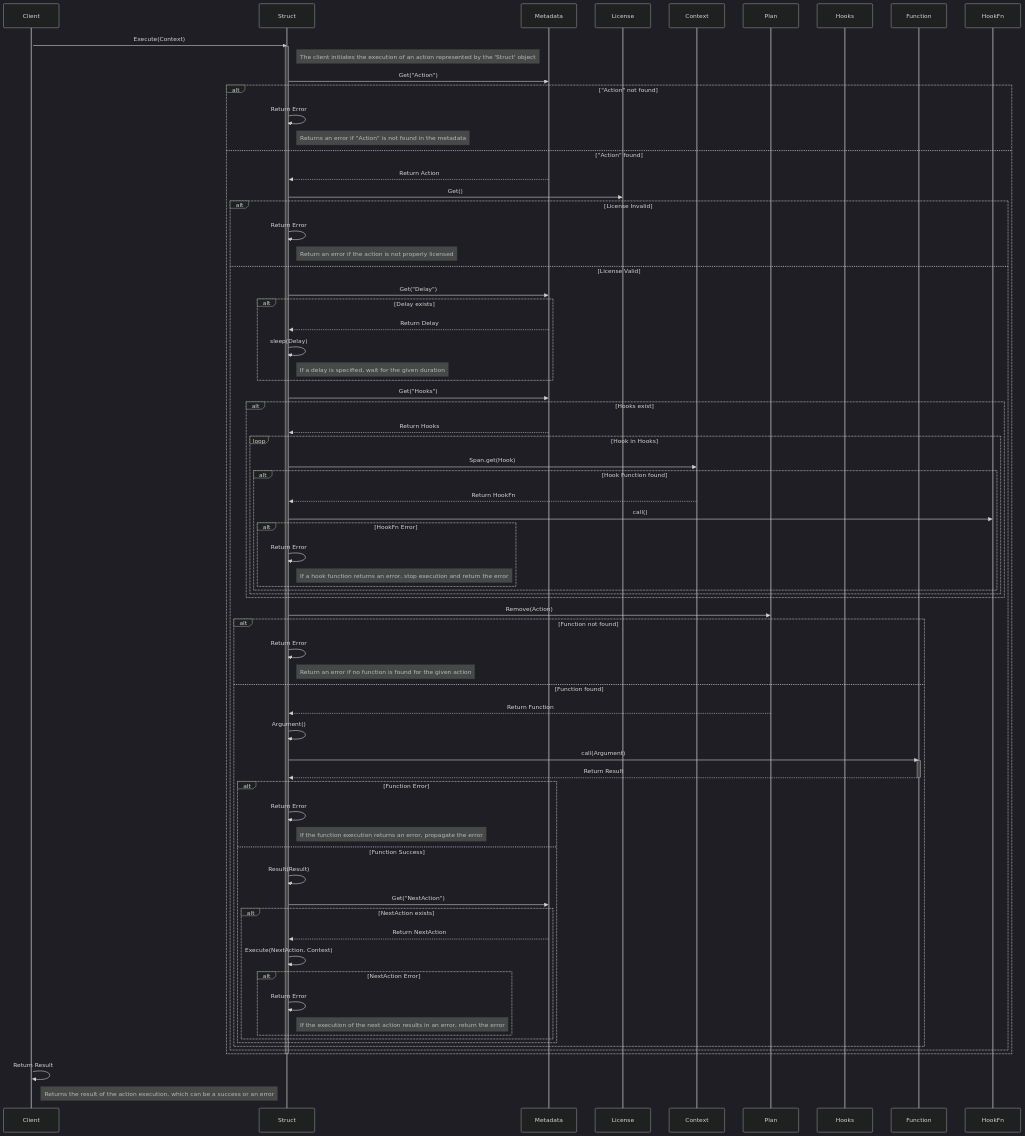
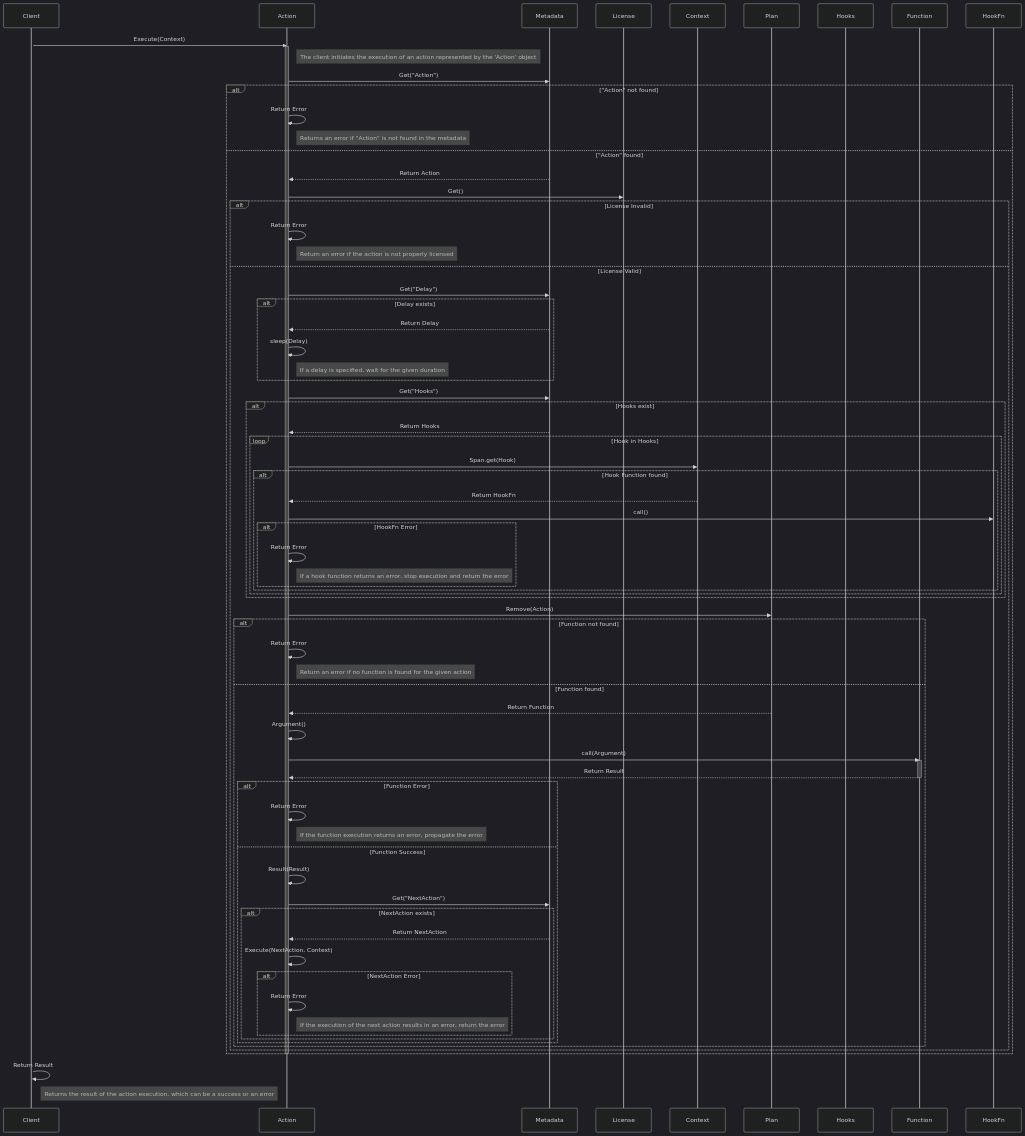
Before and after one commit to CodeEditorLand/Echo: the second of 2 diagrams in README.md, drawn with Mermaid (dark theme). The commit also changed other lines of this file, not shown here.

````diff
--- a/README.md
+++ b/README.md
@@ -248,82 +248,82 @@
 ```mermaid
 sequenceDiagram
     participant Client
-    participant Struct
+    participant Action
     participant Metadata
     participant License
     participant Context
     participant Plan
     participant Hooks
     participant Function
 
     activate Client
-    Client->>Struct: Execute(Context)
-    activate Struct
-    Note right of Struct: The client initiates the execution of an action represented by the 'Struct' object
+    Client->>Action: Execute(Context)
+    activate Action
+    Note right of Action: The client initiates the execution of an action represented by the 'Action' object
 	
-    Struct->>Metadata: Get("Action")
+    Action->>Metadata: Get("Action")
     alt "Action" not found
-        Struct->>Struct: Return Error
-        Note right of Struct: Returns an error if "Action" is not found in the metadata
+        Action->>Action: Return Error
+        Note right of Action: Returns an error if "Action" is not found in the metadata
     else "Action" found
-        Metadata-->>Struct: Return Action
-        Struct->>License: Get()
+        Metadata-->>Action: Return Action
+        Action->>License: Get()
         alt License Invalid
-            Struct->>Struct: Return Error
-            Note right of Struct: Return an error if the action is not properly licensed
+            Action->>Action: Return Error
+            Note right of Action: Return an error if the action is not properly licensed
         else License Valid
-            Struct->>Metadata: Get("Delay")
+            Action->>Metadata: Get("Delay")
             alt Delay exists
-                Metadata-->>Struct: Return Delay
-                Struct->>Struct: sleep(Delay)
-                Note right of Struct: If a delay is specified, wait for the given duration
+                Metadata-->>Action: Return Delay
+                Action->>Action: sleep(Delay)
+                Note right of Action: If a delay is specified, wait for the given duration
             end
-            Struct->>Metadata: Get("Hooks")
+            Action->>Metadata: Get("Hooks")
             alt Hooks exist
-                Metadata-->>Struct: Return Hooks
+                Metadata-->>Action: Return Hooks
                 loop Hook in Hooks
-                    Struct->>Context: Span.get(Hook)
+                    Action->>Context: Span.get(Hook)
                     alt Hook Function found
-                        Context-->>Struct: Return HookFn
-                        Struct->>HookFn: call()
+                        Context-->>Action: Return HookFn
+                        Action->>HookFn: call()
                         alt HookFn Error
-                            Struct->>Struct: Return Error
-                            Note right of Struct: If a hook function returns an error, stop execution and return the error 
+                            Action->>Action: Return Error
+                            Note right of Action: If a hook function returns an error, stop execution and return the error 
                         end
                     end
                 end
             end
-            Struct->>Plan: Remove(Action)
+            Action->>Plan: Remove(Action)
             alt Function not found
-                Struct->>Struct: Return Error
-                Note right of Struct: Return an error if no function is found for the given action
+                Action->>Action: Return Error
+                Note right of Action: Return an error if no function is found for the given action
             else Function found
-                Plan-->>Struct: Return Function
-                Struct->>Struct: Argument()
-                Struct->>Function: call(Argument)
+                Plan-->>Action: Return Function
+                Action->>Action: Argument()
+                Action->>Function: call(Argument)
                 activate Function
-                Function-->>Struct: Return Result
+                Function-->>Action: Return Result
                 deactivate Function
                 alt Function Error
-                    Struct->>Struct: Return Error
-                    Note right of Struct: If the function execution returns an error, propagate the error
+                    Action->>Action: Return Error
+                    Note right of Action: If the function execution returns an error, propagate the error
                 else Function Success
-                    Struct->>Struct: Result(Result)
-                    Struct->>Metadata: Get("NextAction")
+                    Action->>Action: Result(Result)
+                    Action->>Metadata: Get("NextAction")
                     alt NextAction exists
-                        Metadata-->>Struct: Return NextAction
-                        Struct->>Struct: Execute(NextAction, Context)
+                        Metadata-->>Action: Return NextAction
+                        Action->>Action: Execute(NextAction, Context)
                         alt NextAction Error
-                            Struct->>Struct: Return Error
-                            Note right of Struct: If the execution of the next action results in an error, return the error
+                            Action->>Action: Return Error
+                            Note right of Action: If the execution of the next action results in an error, return the error
                         end
                     end 
                 end
             end
         end
     end
-    deactivate Struct
+    deactivate Action
     Client->>Client: Return Result
     Note right of Client: Returns the result of the action execution, which can be a success or an error
 
 ```
````
